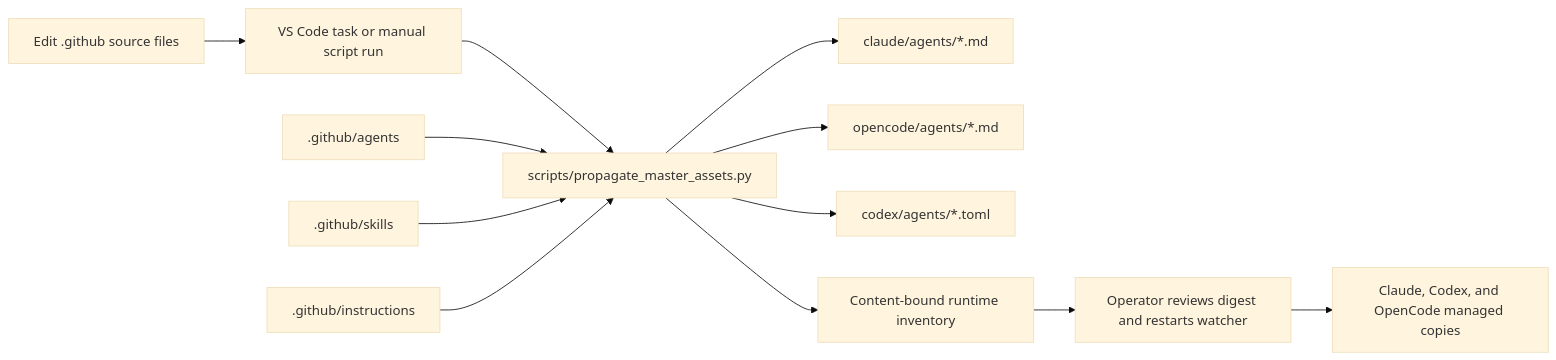
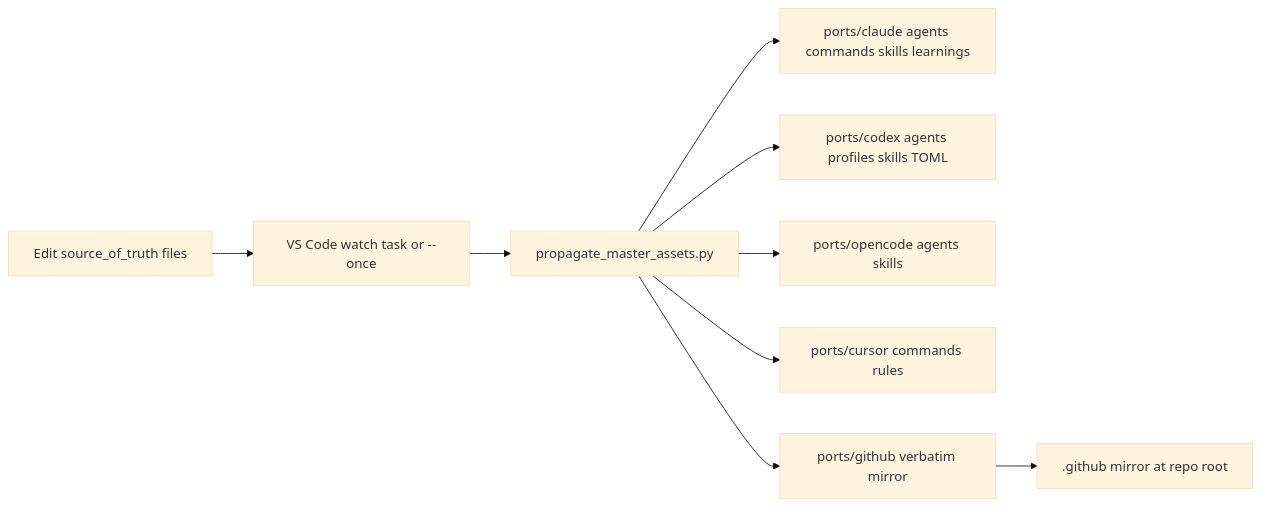
Before and after one commit to threnjen/thren-agentic-workflows: the second of 4 diagrams in docs/ARCHITECTURE.md, drawn with Mermaid (base theme). The commit also changed other lines of this file and 6 other files, not shown here.

````diff
--- a/docs/ARCHITECTURE.md
+++ b/docs/ARCHITECTURE.md
@@ -54,15 +55,11 @@
 ```mermaid
 flowchart LR
-    Author[Edit .github source files] --> Watcher[VS Code task or manual script run]
-    Watcher --> Script[scripts/propagate_master_assets.py]
-    Script --> ClaudeOut[claude/agents/*.md]
-    Script --> OpenCodeOut[opencode/agents/*.md]
-    Script --> CodexOut[codex/agents/*.toml]
-    Script --> Inventory[Content-bound runtime inventory]
-    Inventory --> Review[Operator reviews digest and restarts watcher]
-    Review --> ManagedCopies[Claude, Codex, and OpenCode managed copies]
-
-    GHAgents[.github/agents] --> Script
-    GHSkills[.github/skills] --> Script
-    GHInstructions[.github/instructions] --> Script
+    Author[Edit source_of_truth files] --> Watcher[VS Code watch task or --once]
+    Watcher --> Script[propagate_master_assets.py]
+    Script --> ClaudeOut[ports/claude agents commands skills learnings]
+    Script --> CodexOut[ports/codex agents profiles skills TOML]
+    Script --> OpenCodeOut[ports/opencode agents skills]
+    Script --> CursorOut[ports/cursor commands rules]
+    Script --> GithubPort[ports/github verbatim mirror]
+    GithubPort --> DotGithub[.github mirror at repo root]
 ```
````
